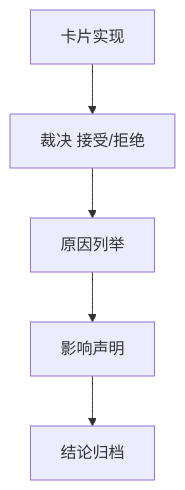
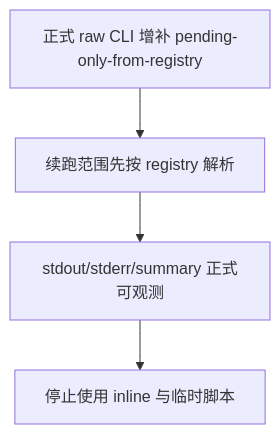
One commit to everything-is-simple/lifespan-0.01 changed the diagram in docs/03-execution/75-raw-base-weekly-monthly-timeframe-ledger-bootstrap-conclusion-20260416.md. Above: the diagram before and after it, drawn with Mermaid. The commit also changed other lines of this file and 8 other files, not shown here.

Commit message:
data: formalize raw pending-only resume CLI

````diff
--- a/docs/03-execution/75-raw-base-weekly-monthly-timeframe-ledger-bootstrap-conclusion-20260416.md
+++ b/docs/03-execution/75-raw-base-weekly-monthly-timeframe-ledger-bootstrap-conclusion-20260416.md
@@ -24,7 +39,6 @@
 ```mermaid
 flowchart TD
-    A[卡片实现] --> B[裁决 接受/拒绝]
-    B --> C[原因列举]
-    C --> D[影响声明]
-    D --> E[结论归档]
+    A[正式 raw CLI 增补 pending-only-from-registry] --> B[续跑范围先按 registry 解析]
+    B --> C[stdout/stderr/summary 正式可观测]
+    C --> D[停止使用 inline 与临时脚本]
 ```
````
